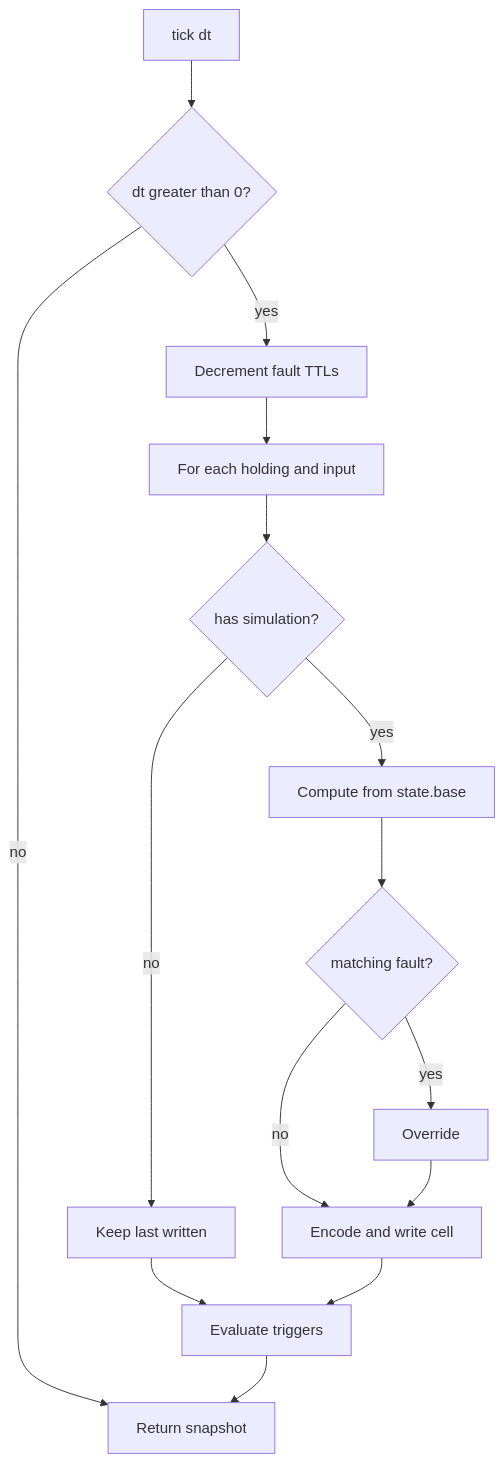
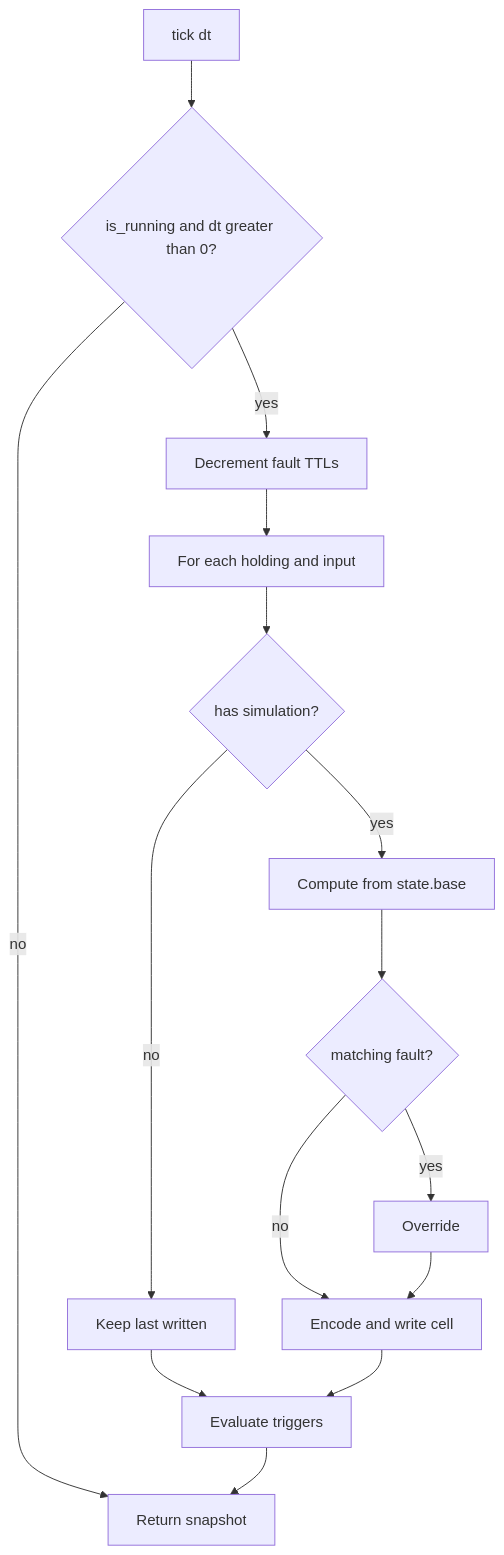
One commit to obsidia-systems/simbus changed the first of 2 diagrams in docs/simulation.md. Above: the diagram before and after it, drawn with Mermaid. The commit also changed other lines of this file and 25 other files, not shown here.

````diff
--- a/docs/simulation.md
+++ b/docs/simulation.md
@@ -42,17 +45,17 @@
 ```mermaid
 flowchart TB
-    tick[tick dt] --> dtz{dt greater than 0?}
-    dtz -->|no| snap[Return snapshot]
-    dtz -->|yes| faults[Decrement fault TTLs]
+    tick[tick dt] --> paused{is_running and dt greater than 0?}
+    paused -->|no| snap[Return snapshot]
+    paused -->|yes| faults[Decrement fault TTLs]
     faults --> regs[For each holding and input]
     regs --> beh{has simulation?}
     beh -->|no| skip[Keep last written]
     beh -->|yes| compute[Compute from state.base]
     compute --> flt{matching fault?}
     flt -->|yes| over[Override]
     flt -->|no| enc[Encode and write cell]
     over --> enc
     skip --> trig
     enc --> trig[Evaluate triggers]
     trig --> snap
 ```
````
